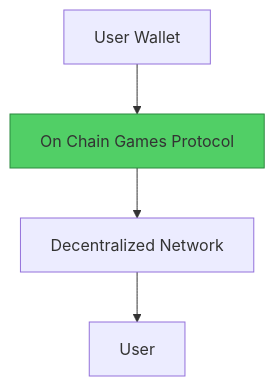
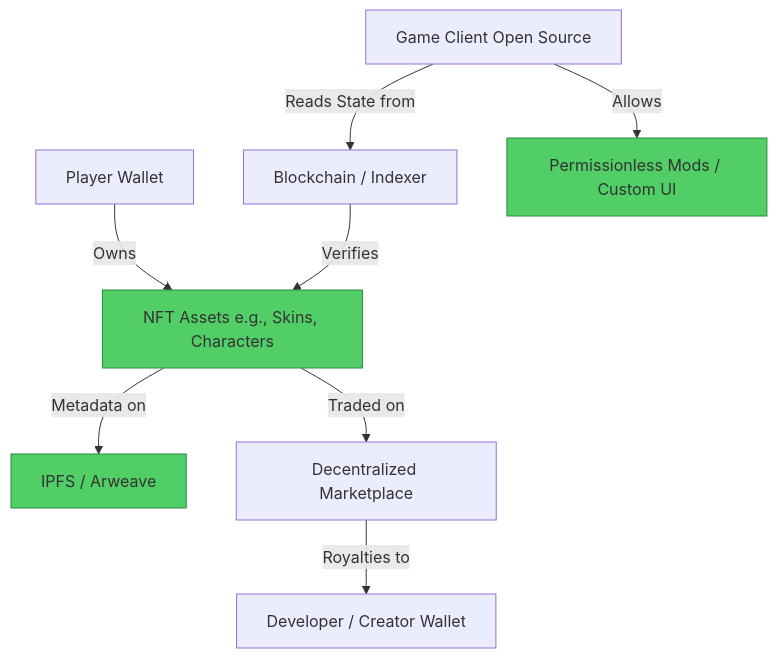
The second of 2 diagrams in 09-gaming/02-fortnite-to-on-chain-games.md (Elvatar2/Web2-To-Web3-Migration-Guide), drawn with Mermaid before and after one commit. The commit also changed other lines of this file, not shown here.

````diff
--- a/09-gaming/02-fortnite-to-on-chain-games.md
+++ b/09-gaming/02-fortnite-to-on-chain-games.md
@@ -63,8 +78,14 @@
 ```mermaid
 graph TB
-    A[User Wallet] --> B[On Chain Games Protocol]
-    B --> C[Decentralized Network]
-    C --> D[User]
+    A[Player Wallet] -->|Owns| B[NFT Assets e.g., Skins, Characters]
+    B -->|Metadata on| C[IPFS / Arweave]
+    D[Game Client Open Source] -->|Reads State from| E[Blockchain / Indexer]
+    E -->|Verifies| B
+    D -->|Allows| F[Permissionless Mods / Custom UI]
+    B -->|Traded on| G[Decentralized Marketplace]
+    G -->|Royalties to| H[Developer / Creator Wallet]
 
     style B fill:#51cf66,stroke:#2b8a3e
+    style C fill:#51cf66,stroke:#2b8a3e
+    style F fill:#51cf66,stroke:#2b8a3e
 ```
````
